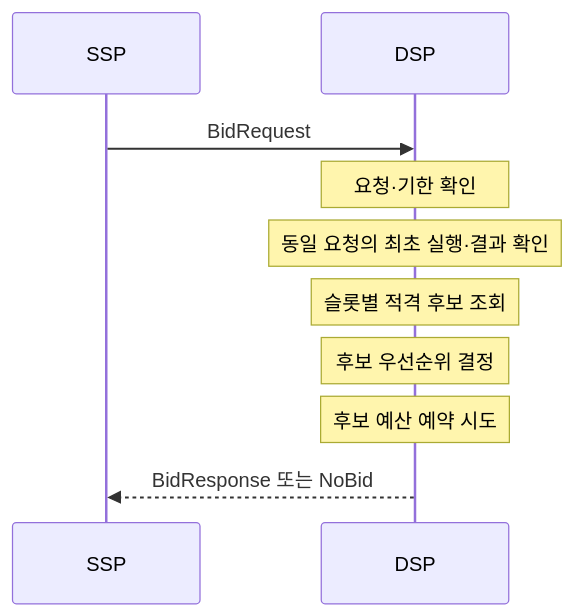
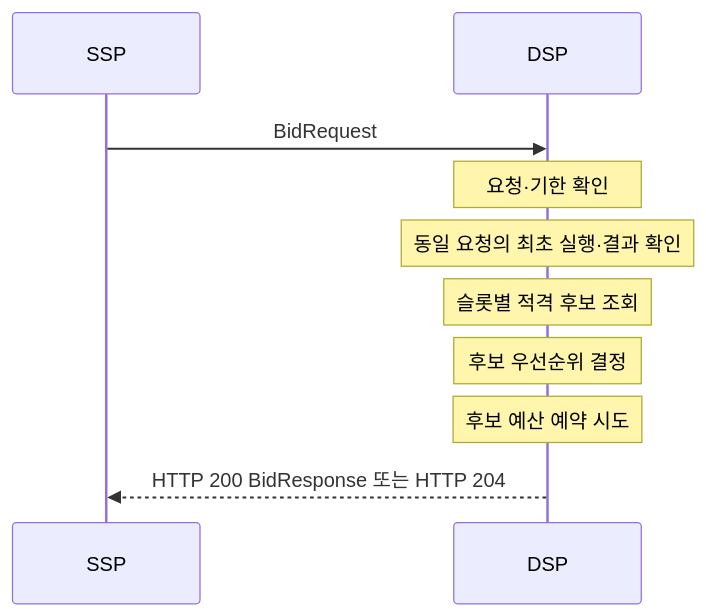
Before and after one commit to bbororo5/OpenRTB-Ads-auction: the second of 3 diagrams in docs/architecture/views/dsp-collaboration.md, drawn with Mermaid. The commit also changed other lines of this file and 4 other files, not shown here.

````diff
--- a/docs/architecture/views/dsp-collaboration.md
+++ b/docs/architecture/views/dsp-collaboration.md
@@ -69,13 +69,13 @@
 ```mermaid
 sequenceDiagram
     participant SSP
     participant DSP
 
     SSP->>DSP: BidRequest
     Note over DSP: 요청·기한 확인
     Note over DSP: 동일 요청의 최초 실행·결과 확인
     Note over DSP: 슬롯별 적격 후보 조회
     Note over DSP: 후보 우선순위 결정
     Note over DSP: 후보 예산 예약 시도
-    DSP-->>SSP: BidResponse 또는 NoBid
+    DSP-->>SSP: HTTP 200 BidResponse 또는 HTTP 204
 ```
````
